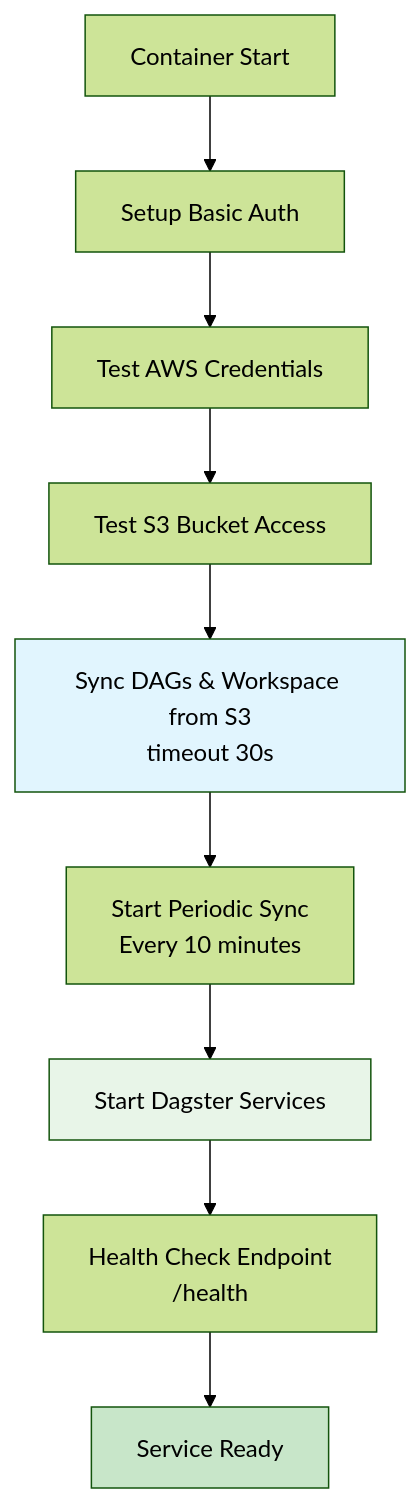
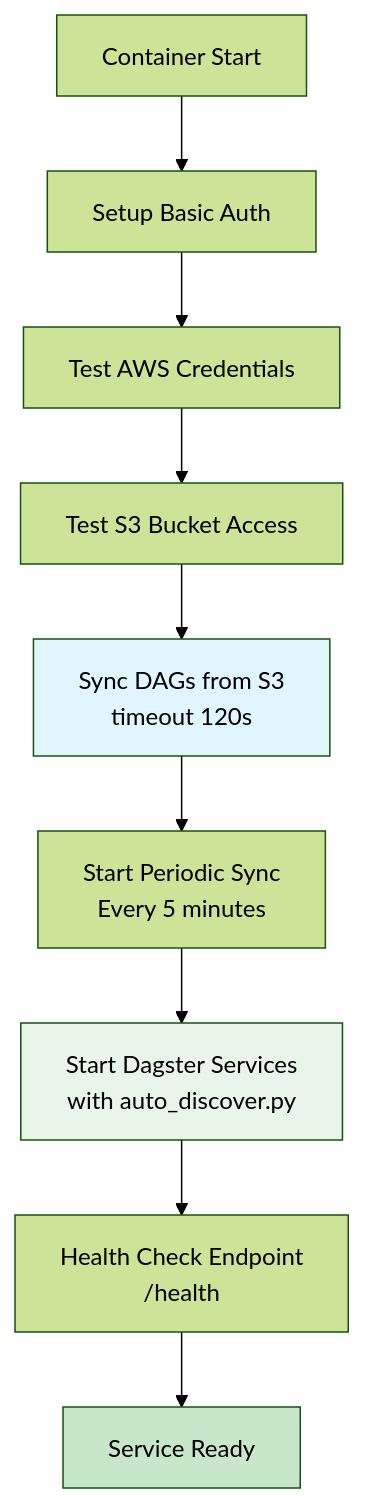
The fourth of 4 diagrams in docs/architecture.md (namtonthat/dagster-ecs), drawn with Mermaid (forest theme) before and after one commit. The commit also changed other lines of this file and 24 other files, not shown here.

````diff
--- a/docs/architecture.md
+++ b/docs/architecture.md
@@ -230,15 +230,15 @@
 ```mermaid
 graph TD
     START[Container Start] --> AUTH[Setup Basic Auth]
     AUTH --> CREDS[Test AWS Credentials]
     CREDS --> S3TEST[Test S3 Bucket Access]
-    S3TEST --> SYNC[Sync DAGs & Workspace from S3<br/>timeout 30s]
-    SYNC --> PERMSYNC[Start Periodic Sync<br/>Every 10 minutes]
-    PERMSYNC --> DAGSTER[Start Dagster Services]
+    S3TEST --> SYNC[Sync DAGs from S3<br/>timeout 120s]
+    SYNC --> PERMSYNC[Start Periodic Sync<br/>Every 5 minutes]
+    PERMSYNC --> DAGSTER[Start Dagster Services<br/>with auto_discover.py]
     DAGSTER --> HEALTH[Health Check Endpoint<br/>/health]
     HEALTH --> READY[Service Ready]
     
     style SYNC fill:#e1f5fe
     style DAGSTER fill:#e8f5e8
     style READY fill:#c8e6c9
 ```
````
